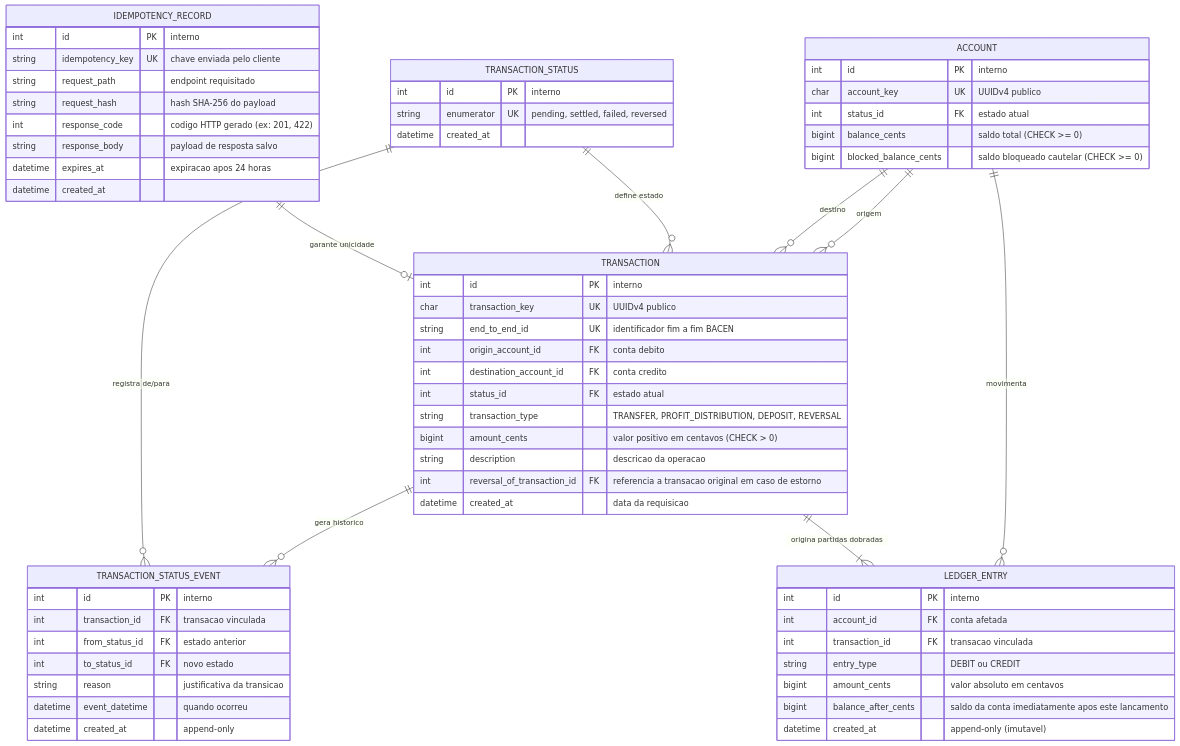
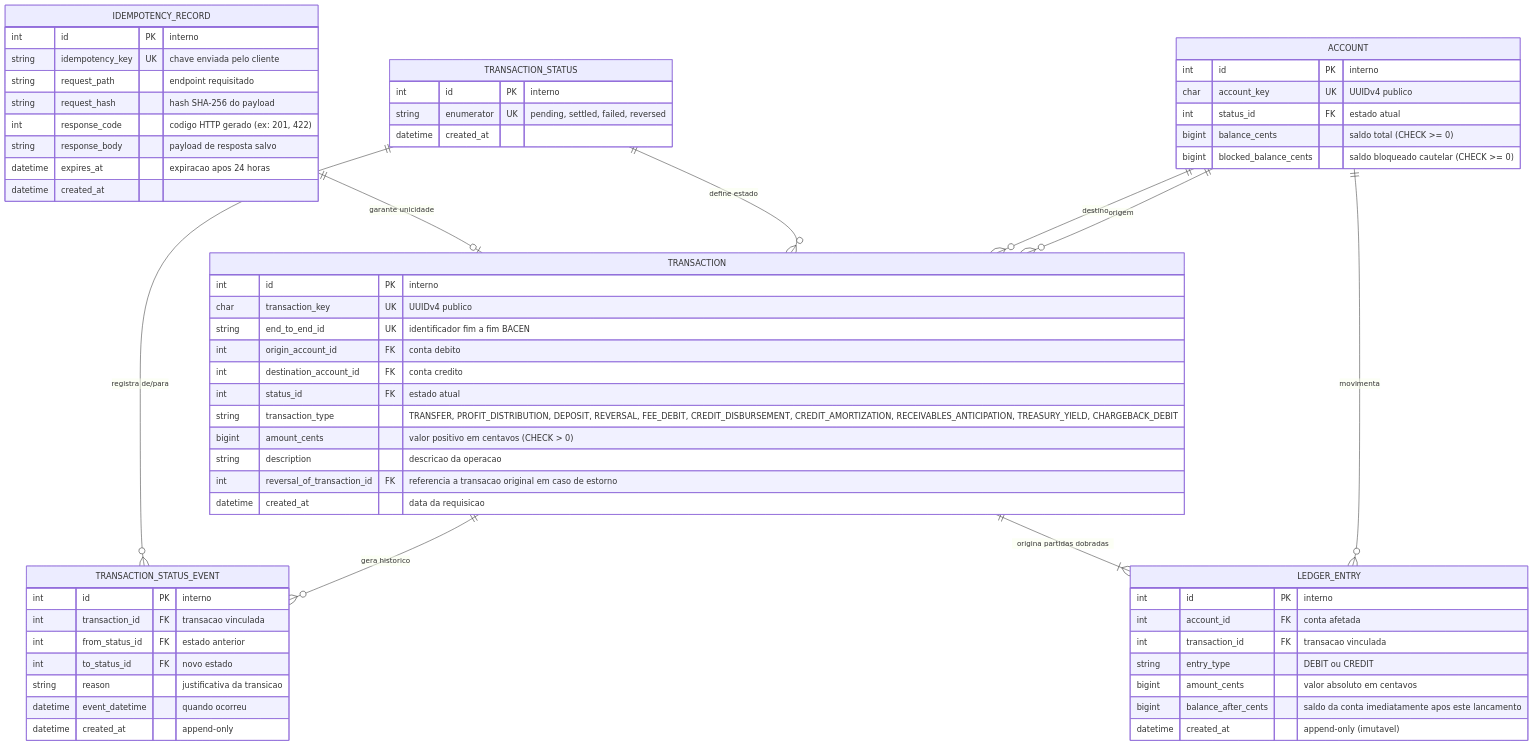
The first of 3 diagrams in docs/rfc/rfc-02-transactions-ledger.md (JPCalsavara/bootcamp-qitech-api), drawn with Mermaid before and after one commit. The commit also changed 4 other files, not shown here.

````diff
--- a/docs/rfc/rfc-02-transactions-ledger.md
+++ b/docs/rfc/rfc-02-transactions-ledger.md
@@ -65,72 +65,72 @@
 ```mermaid
 erDiagram
     ACCOUNT ||--o{ TRANSACTION : "origem"
     ACCOUNT ||--o{ TRANSACTION : "destino"
     ACCOUNT ||--o{ LEDGER_ENTRY : "movimenta"
 
     TRANSACTION_STATUS ||--o{ TRANSACTION : "define estado"
     TRANSACTION ||--o{ TRANSACTION_STATUS_EVENT : "gera historico"
     TRANSACTION_STATUS ||--o{ TRANSACTION_STATUS_EVENT : "registra de/para"
 
     TRANSACTION ||--|{ LEDGER_ENTRY : "origina partidas dobradas"
     IDEMPOTENCY_RECORD ||--o| TRANSACTION : "garante unicidade"
 
     ACCOUNT {
         int id PK "interno"
         char account_key UK "UUIDv4 publico"
         int status_id FK "estado atual"
         bigint balance_cents "saldo total (CHECK >= 0)"
         bigint blocked_balance_cents "saldo bloqueado cautelar (CHECK >= 0)"
     }
 
     TRANSACTION_STATUS {
         int id PK "interno"
         string enumerator UK "pending, settled, failed, reversed"
         datetime created_at
     }
 
     TRANSACTION {
         int id PK "interno"
         char transaction_key UK "UUIDv4 publico"
         string end_to_end_id UK "identificador fim a fim BACEN"
         int origin_account_id FK "conta debito"
         int destination_account_id FK "conta credito"
         int status_id FK "estado atual"
-        string transaction_type "TRANSFER, PROFIT_DISTRIBUTION, DEPOSIT, REVERSAL"
+        string transaction_type "TRANSFER, PROFIT_DISTRIBUTION, DEPOSIT, REVERSAL, FEE_DEBIT, CREDIT_DISBURSEMENT, CREDIT_AMORTIZATION, RECEIVABLES_ANTICIPATION, TREASURY_YIELD, CHARGEBACK_DEBIT"
         bigint amount_cents "valor positivo em centavos (CHECK > 0)"
         string description "descricao da operacao"
         int reversal_of_transaction_id FK "referencia a transacao original em caso de estorno"
         datetime created_at "data da requisicao"
     }
 
     TRANSACTION_STATUS_EVENT {
         int id PK "interno"
         int transaction_id FK "transacao vinculada"
         int from_status_id FK "estado anterior"
         int to_status_id FK "novo estado"
         string reason "justificativa da transicao"
         datetime event_datetime "quando ocorreu"
         datetime created_at "append-only"
     }
 
     LEDGER_ENTRY {
         int id PK "interno"
         int account_id FK "conta afetada"
         int transaction_id FK "transacao vinculada"
         string entry_type "DEBIT ou CREDIT"
         bigint amount_cents "valor absoluto em centavos"
         bigint balance_after_cents "saldo da conta imediatamente apos este lancamento"
         datetime created_at "append-only (imutavel)"
     }
 
     IDEMPOTENCY_RECORD {
         int id PK "interno"
         string idempotency_key UK "chave enviada pelo cliente"
         string request_path "endpoint requisitado"
         string request_hash "hash SHA-256 do payload"
         int response_code "codigo HTTP gerado (ex: 201, 422)"
         string response_body "payload de resposta salvo"
         datetime expires_at "expiracao apos 24 horas"
         datetime created_at
     }
 ```
````
